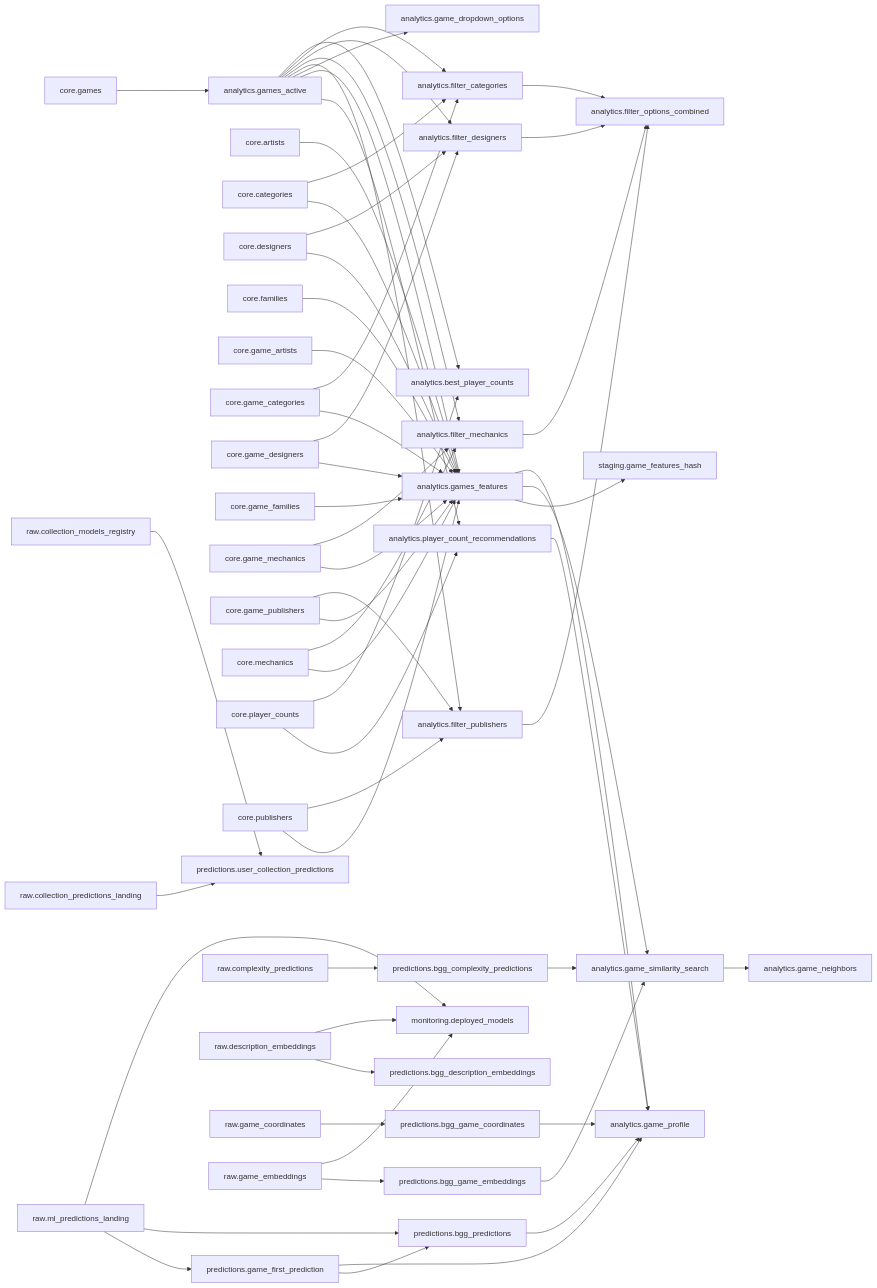
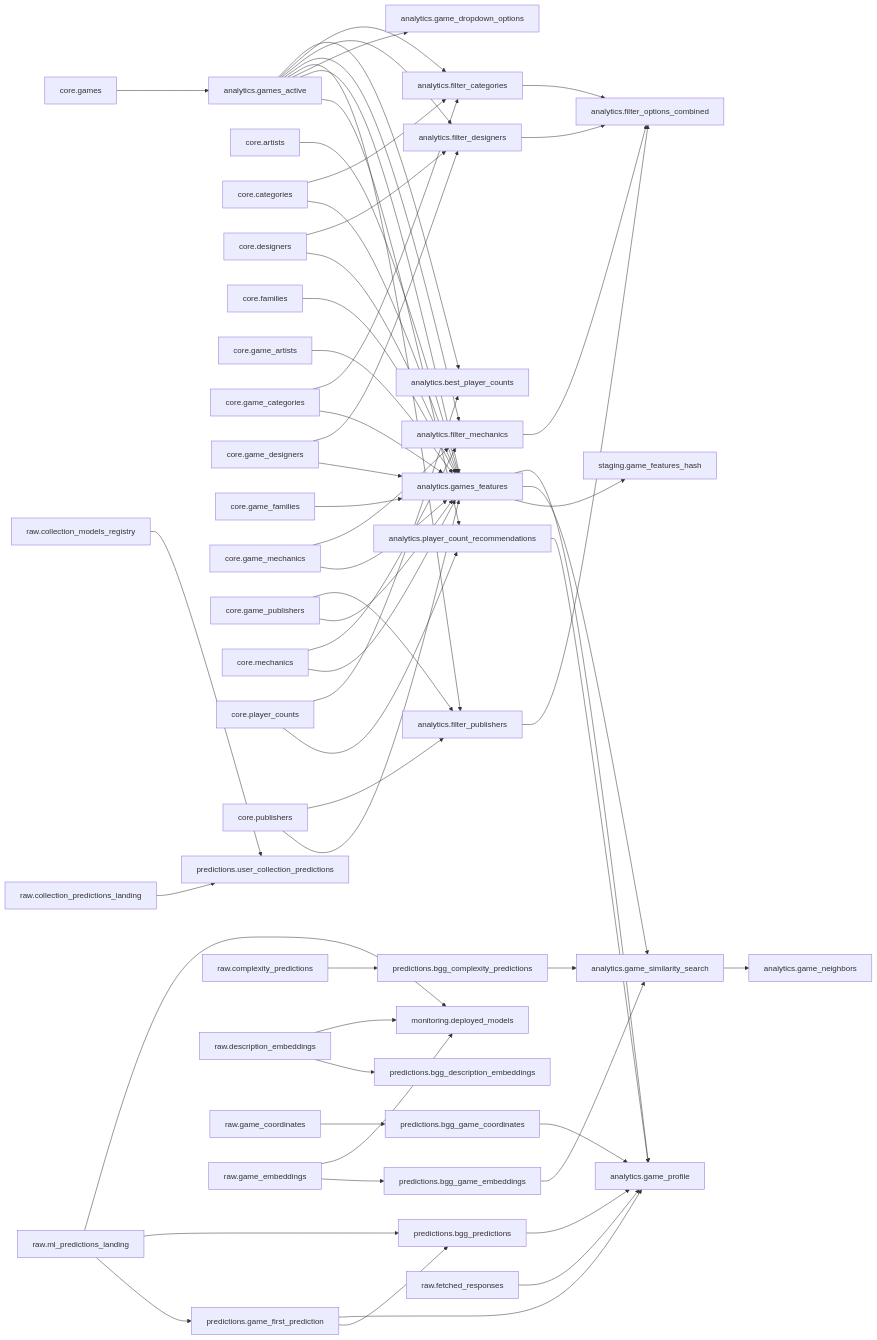
One commit to phenrickson/bgg-data-warehouse changed the diagram in docs/lineage.md. Above: the diagram before and after it, drawn with Mermaid. The commit also changed 1 other file, not shown here.

Commit message:
Update Dataform lineage diagram [skip ci]

````diff
--- a/docs/lineage.md
+++ b/docs/lineage.md
@@ -3,60 +3,61 @@
 ```mermaid
 graph LR
     analytics__filter_categories["analytics.filter_categories"] --> analytics__filter_options_combined["analytics.filter_options_combined"]
     analytics__filter_designers["analytics.filter_designers"] --> analytics__filter_options_combined["analytics.filter_options_combined"]
     analytics__filter_mechanics["analytics.filter_mechanics"] --> analytics__filter_options_combined["analytics.filter_options_combined"]
     analytics__filter_publishers["analytics.filter_publishers"] --> analytics__filter_options_combined["analytics.filter_options_combined"]
     analytics__game_similarity_search["analytics.game_similarity_search"] --> analytics__game_neighbors["analytics.game_neighbors"]
     analytics__games_active["analytics.games_active"] --> analytics__best_player_counts["analytics.best_player_counts"]
     analytics__games_active["analytics.games_active"] --> analytics__filter_categories["analytics.filter_categories"]
     analytics__games_active["analytics.games_active"] --> analytics__filter_designers["analytics.filter_designers"]
     analytics__games_active["analytics.games_active"] --> analytics__filter_mechanics["analytics.filter_mechanics"]
     analytics__games_active["analytics.games_active"] --> analytics__filter_publishers["analytics.filter_publishers"]
     analytics__games_active["analytics.games_active"] --> analytics__game_dropdown_options["analytics.game_dropdown_options"]
     analytics__games_active["analytics.games_active"] --> analytics__games_features["analytics.games_features"]
     analytics__games_active["analytics.games_active"] --> analytics__player_count_recommendations["analytics.player_count_recommendations"]
     analytics__games_features["analytics.games_features"] --> analytics__game_profile["analytics.game_profile"]
     analytics__games_features["analytics.games_features"] --> analytics__game_similarity_search["analytics.game_similarity_search"]
     analytics__games_features["analytics.games_features"] --> staging__game_features_hash["staging.game_features_hash"]
     analytics__player_count_recommendations["analytics.player_count_recommendations"] --> analytics__game_profile["analytics.game_profile"]
     core__artists["core.artists"] --> analytics__games_features["analytics.games_features"]
     core__categories["core.categories"] --> analytics__filter_categories["analytics.filter_categories"]
     core__categories["core.categories"] --> analytics__games_features["analytics.games_features"]
     core__designers["core.designers"] --> analytics__filter_designers["analytics.filter_designers"]
     core__designers["core.designers"] --> analytics__games_features["analytics.games_features"]
     core__families["core.families"] --> analytics__games_features["analytics.games_features"]
     core__game_artists["core.game_artists"] --> analytics__games_features["analytics.games_features"]
     core__game_categories["core.game_categories"] --> analytics__filter_categories["analytics.filter_categories"]
     core__game_categories["core.game_categories"] --> analytics__games_features["analytics.games_features"]
     core__game_designers["core.game_designers"] --> analytics__filter_designers["analytics.filter_designers"]
     core__game_designers["core.game_designers"] --> analytics__games_features["analytics.games_features"]
     core__game_families["core.game_families"] --> analytics__games_features["analytics.games_features"]
     core__game_mechanics["core.game_mechanics"] --> analytics__filter_mechanics["analytics.filter_mechanics"]
     core__game_mechanics["core.game_mechanics"] --> analytics__games_features["analytics.games_features"]
     core__game_publishers["core.game_publishers"] --> analytics__filter_publishers["analytics.filter_publishers"]
     core__game_publishers["core.game_publishers"] --> analytics__games_features["analytics.games_features"]
     core__games["core.games"] --> analytics__games_active["analytics.games_active"]
     core__mechanics["core.mechanics"] --> analytics__filter_mechanics["analytics.filter_mechanics"]
     core__mechanics["core.mechanics"] --> analytics__games_features["analytics.games_features"]
     core__player_counts["core.player_counts"] --> analytics__best_player_counts["analytics.best_player_counts"]
     core__player_counts["core.player_counts"] --> analytics__player_count_recommendations["analytics.player_count_recommendations"]
     core__publishers["core.publishers"] --> analytics__filter_publishers["analytics.filter_publishers"]
     core__publishers["core.publishers"] --> analytics__games_features["analytics.games_features"]
     predictions__bgg_complexity_predictions["predictions.bgg_complexity_predictions"] --> analytics__game_similarity_search["analytics.game_similarity_search"]
     predictions__bgg_game_coordinates["predictions.bgg_game_coordinates"] --> analytics__game_profile["analytics.game_profile"]
     predictions__bgg_game_embeddings["predictions.bgg_game_embeddings"] --> analytics__game_similarity_search["analytics.game_similarity_search"]
     predictions__bgg_predictions["predictions.bgg_predictions"] --> analytics__game_profile["analytics.game_profile"]
     predictions__game_first_prediction["predictions.game_first_prediction"] --> analytics__game_profile["analytics.game_profile"]
     predictions__game_first_prediction["predictions.game_first_prediction"] --> predictions__bgg_predictions["predictions.bgg_predictions"]
     raw__collection_models_registry["raw.collection_models_registry"] --> predictions__user_collection_predictions["predictions.user_collection_predictions"]
     raw__collection_predictions_landing["raw.collection_predictions_landing"] --> predictions__user_collection_predictions["predictions.user_collection_predictions"]
     raw__complexity_predictions["raw.complexity_predictions"] --> predictions__bgg_complexity_predictions["predictions.bgg_complexity_predictions"]
     raw__description_embeddings["raw.description_embeddings"] --> monitoring__deployed_models["monitoring.deployed_models"]
     raw__description_embeddings["raw.description_embeddings"] --> predictions__bgg_description_embeddings["predictions.bgg_description_embeddings"]
+    raw__fetched_responses["raw.fetched_responses"] --> analytics__game_profile["analytics.game_profile"]
     raw__game_coordinates["raw.game_coordinates"] --> predictions__bgg_game_coordinates["predictions.bgg_game_coordinates"]
     raw__game_embeddings["raw.game_embeddings"] --> monitoring__deployed_models["monitoring.deployed_models"]
     raw__game_embeddings["raw.game_embeddings"] --> predictions__bgg_game_embeddings["predictions.bgg_game_embeddings"]
     raw__ml_predictions_landing["raw.ml_predictions_landing"] --> monitoring__deployed_models["monitoring.deployed_models"]
     raw__ml_predictions_landing["raw.ml_predictions_landing"] --> predictions__bgg_predictions["predictions.bgg_predictions"]
     raw__ml_predictions_landing["raw.ml_predictions_landing"] --> predictions__game_first_prediction["predictions.game_first_prediction"]
 ```
````
